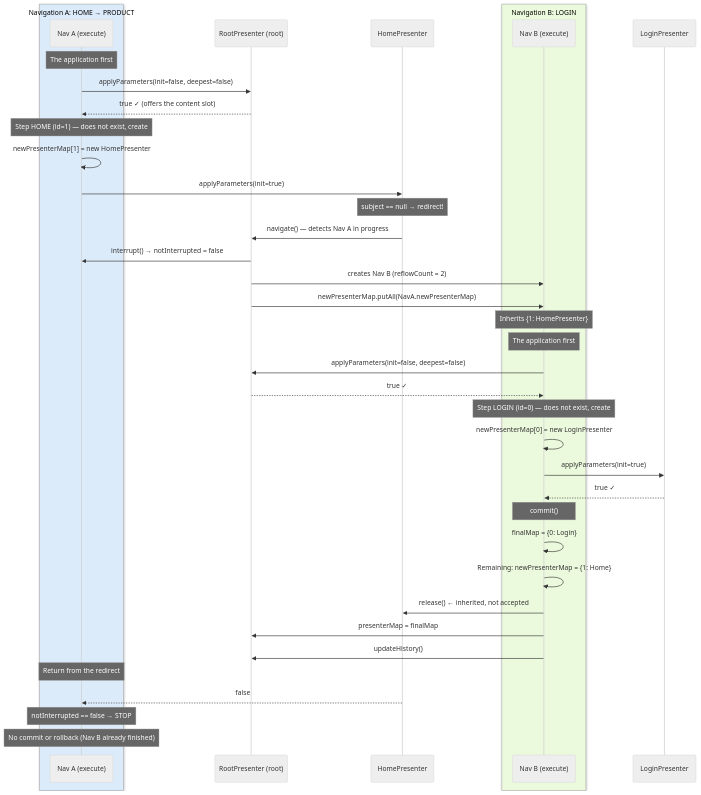
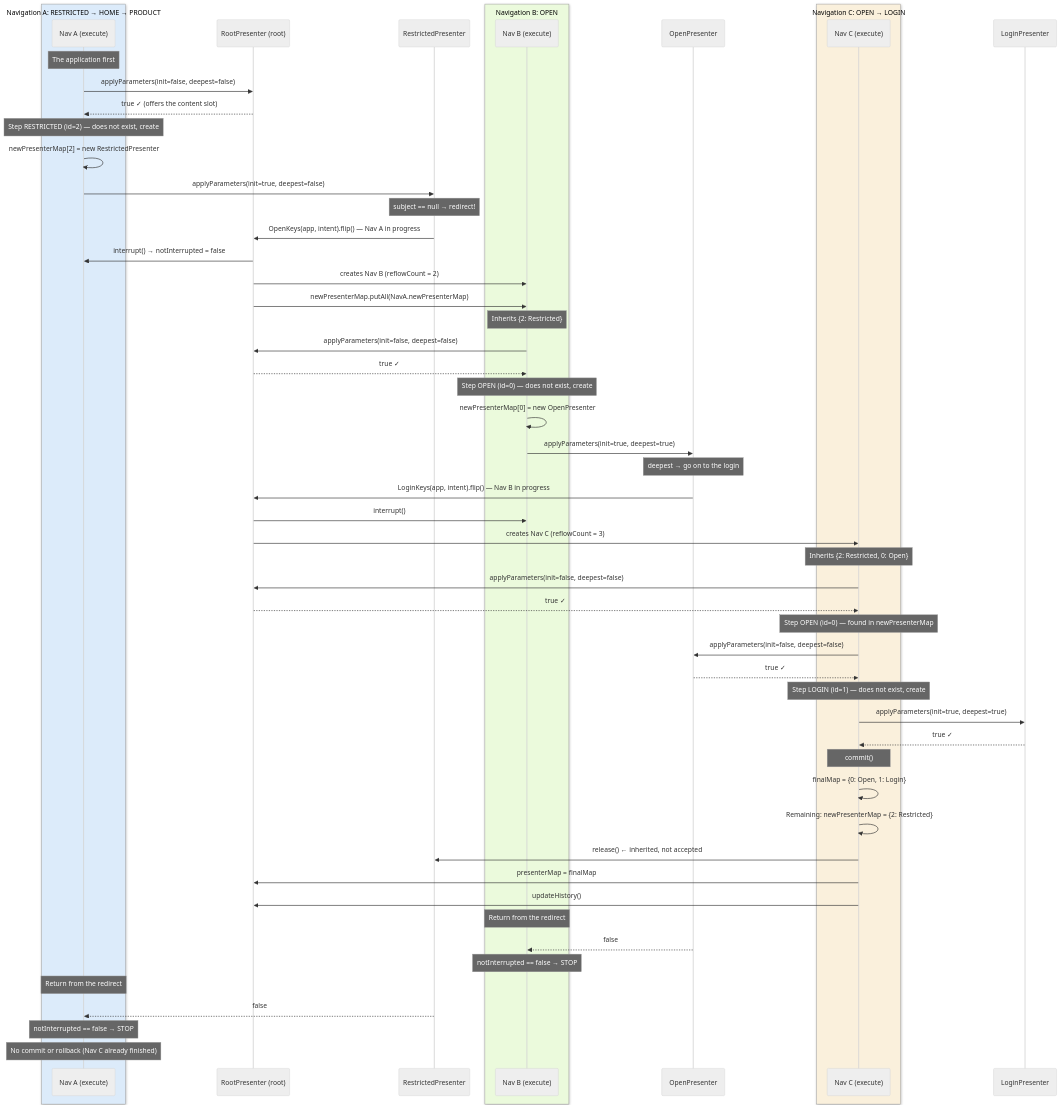
The fifth of 19 diagrams in docs/architecture-cube.md (mrcdom/wdc-cube-kotlin), drawn with Mermaid (neutral theme) before and after one commit. The commit also changed other lines of this file and 15 other files, not shown here.

First line of the commit message:
feat(presentation): open and restricted guard places, as in the Java version

````diff
--- a/docs/architecture-cube.md
+++ b/docs/architecture-cube.md
@@ -492,48 +497,68 @@
 ```mermaid
 sequenceDiagram
-    box rgb(220,235,250) Navigation A: HOME → PRODUCT
+    box rgb(220,235,250) Navigation A: RESTRICTED → HOME → PRODUCT
         participant NavA as Nav A (execute)
     end
     participant App as RootPresenter (root)
-    participant Home as HomePresenter
-    box rgb(235,250,220) Navigation B: LOGIN
+    participant Rs as RestrictedPresenter
+    box rgb(235,250,220) Navigation B: OPEN
         participant NavB as Nav B (execute)
+    end
+    participant Op as OpenPresenter
+    box rgb(250,240,220) Navigation C: OPEN → LOGIN
+        participant NavC as Nav C (execute)
     end
     participant Login as LoginPresenter
 
     Note over NavA: The application first
     NavA->>App: applyParameters(init=false, deepest=false)
     App-->>NavA: true ✓ (offers the content slot)
 
-    Note over NavA: Step HOME (id=1) — does not exist, create
-    NavA->>NavA: newPresenterMap[1] = new HomePresenter
-    NavA->>Home: applyParameters(init=true)
+    Note over NavA: Step RESTRICTED (id=2) — does not exist, create
+    NavA->>NavA: newPresenterMap[2] = new RestrictedPresenter
+    NavA->>Rs: applyParameters(init=true, deepest=false)
 
-    Note over Home: subject == null → redirect!
-    Home->>App: navigate() — detects Nav A in progress
+    Note over Rs: subject == null → redirect!
+    Rs->>App: OpenKeys(app, intent).flip() — Nav A in progress
     App->>NavA: interrupt() → notInterrupted = false
     App->>NavB: creates Nav B (reflowCount = 2)
     App->>NavB: newPresenterMap.putAll(NavA.newPresenterMap)
-    Note over NavB: Inherits {1: HomePresenter}
+    Note over NavB: Inherits {2: Restricted}
 
-    Note over NavB: The application first
     NavB->>App: applyParameters(init=false, deepest=false)
     App-->>NavB: true ✓
 
-    Note over NavB: Step LOGIN (id=0) — does not exist, create
-    NavB->>NavB: newPresenterMap[0] = new LoginPresenter
-    NavB->>Login: applyParameters(init=true)
-    Login-->>NavB: true ✓
+    Note over NavB: Step OPEN (id=0) — does not exist, create
+    NavB->>NavB: newPresenterMap[0] = new OpenPresenter
+    NavB->>Op: applyParameters(init=true, deepest=true)
 
-    Note over NavB: commit()
-    NavB->>NavB: finalMap = {0: Login}
-    NavB->>NavB: Remaining: newPresenterMap = {1: Home}
-    NavB->>Home: release() ← inherited, not accepted
-    NavB->>App: presenterMap = finalMap
-    NavB->>App: updateHistory()
+    Note over Op: deepest → go on to the login
+    Op->>App: LoginKeys(app, intent).flip() — Nav B in progress
+    App->>NavB: interrupt()
+    App->>NavC: creates Nav C (reflowCount = 3)
+    Note over NavC: Inherits {2: Restricted, 0: Open}
 
+    NavC->>App: applyParameters(init=false, deepest=false)
+    App-->>NavC: true ✓
+    Note over NavC: Step OPEN (id=0) — found in newPresenterMap
+    NavC->>Op: applyParameters(init=false, deepest=false)
+    Op-->>NavC: true ✓
+    Note over NavC: Step LOGIN (id=1) — does not exist, create
+    NavC->>Login: applyParameters(init=true, deepest=true)
+    Login-->>NavC: true ✓
+
+    Note over NavC: commit()
+    NavC->>NavC: finalMap = {0: Open, 1: Login}
+    NavC->>NavC: Remaining: newPresenterMap = {2: Restricted}
+    NavC->>Rs: release() ← inherited, not accepted
+    NavC->>App: presenterMap = finalMap
+    NavC->>App: updateHistory()
+
+    Note over NavB: Return from the redirect
+    Op-->>NavB: false
+    Note over NavB: notInterrupted == false → STOP
     Note over NavA: Return from the redirect
-    Home-->>NavA: false
+    Rs-->>NavA: false
     Note over NavA: notInterrupted == false → STOP
-    Note over NavA: No commit or rollback (Nav B already finished)
+    Note over NavA: No commit or rollback (Nav C already finished)
 ```
````
